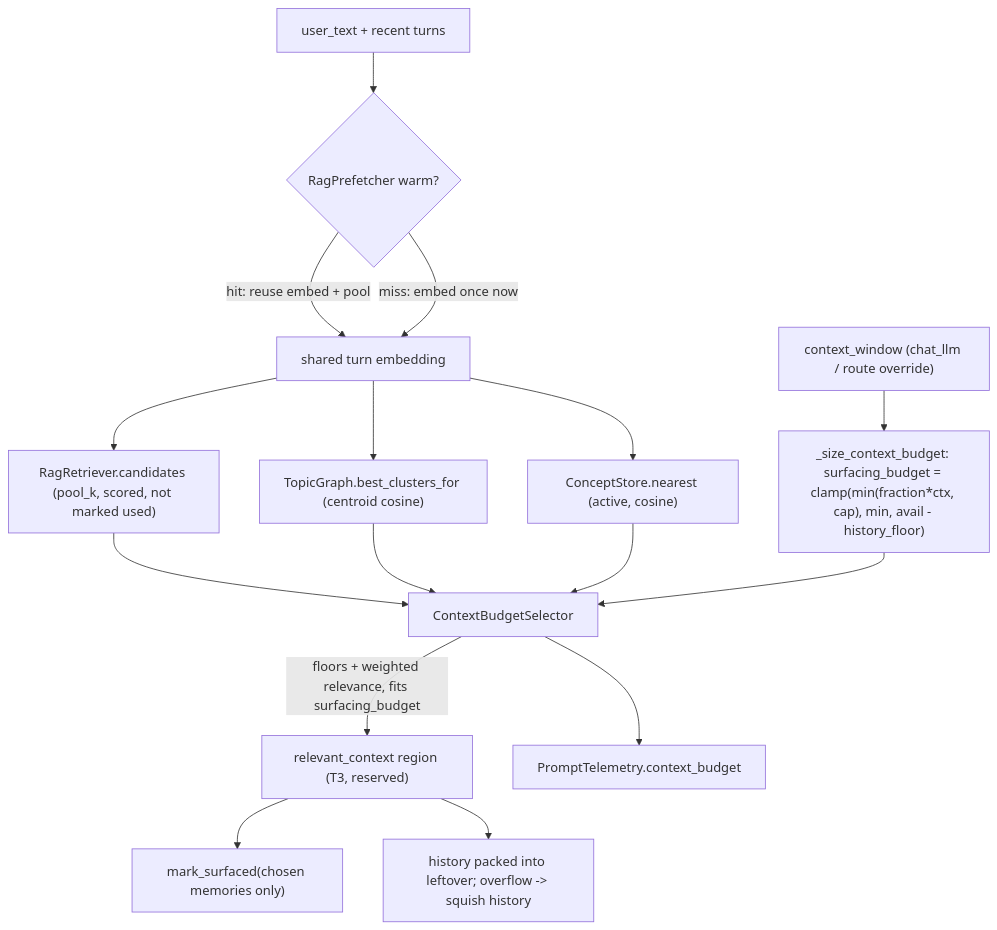
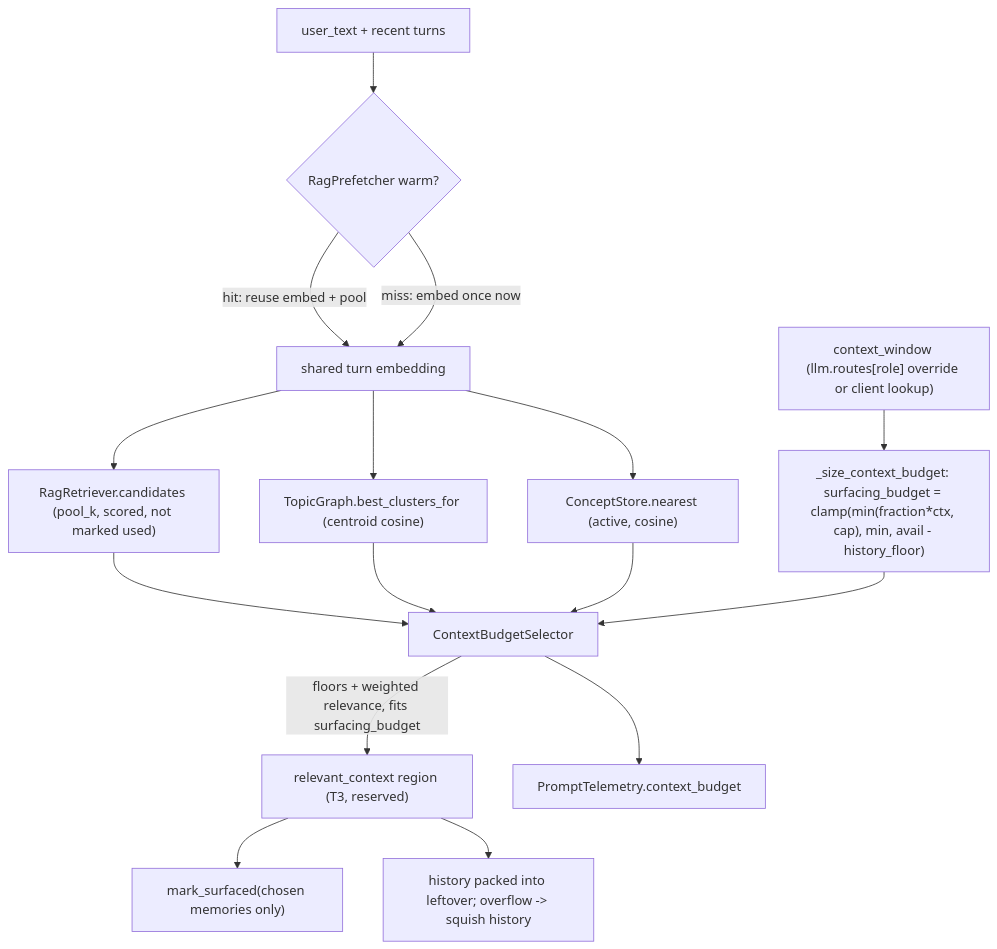
The diagram in docs/context-budget.md (JakubBlunar/Aiko), drawn with Mermaid before and after one commit. The commit also changed 65 other files, not shown here.

````diff
--- a/docs/context-budget.md
+++ b/docs/context-budget.md
@@ -24,18 +24,18 @@
 ```mermaid
 flowchart TD
-    CTX["context_window (chat_llm / route override)"] --> SIZE["_size_context_budget: surfacing_budget = clamp(min(fraction*ctx, cap), min, avail - history_floor)"]
+    CTX["context_window (llm.routes[role] override or client lookup)"] --> SIZE["_size_context_budget: surfacing_budget = clamp(min(fraction*ctx, cap), min, avail - history_floor)"]
     UT["user_text + recent turns"] --> PF{"RagPrefetcher warm?"}
     PF -->|"hit: reuse embed + pool"| EMB["shared turn embedding"]
     PF -->|"miss: embed once now"| EMB
     EMB --> MEM["RagRetriever.candidates (pool_k, scored, not marked used)"]
     EMB --> CL["TopicGraph.best_clusters_for (centroid cosine)"]
     EMB --> CO["ConceptStore.nearest (active, cosine)"]
     MEM --> SEL[ContextBudgetSelector]
     CL --> SEL
     CO --> SEL
     SIZE --> SEL
     SEL -->|"floors + weighted relevance, fits surfacing_budget"| REGION["relevant_context region (T3, reserved)"]
     SEL --> TEL["PromptTelemetry.context_budget"]
     REGION --> MARK["mark_surfaced(chosen memories only)"]
     REGION --> PACK["history packed into leftover; overflow -> squish history"]
 ```
````
